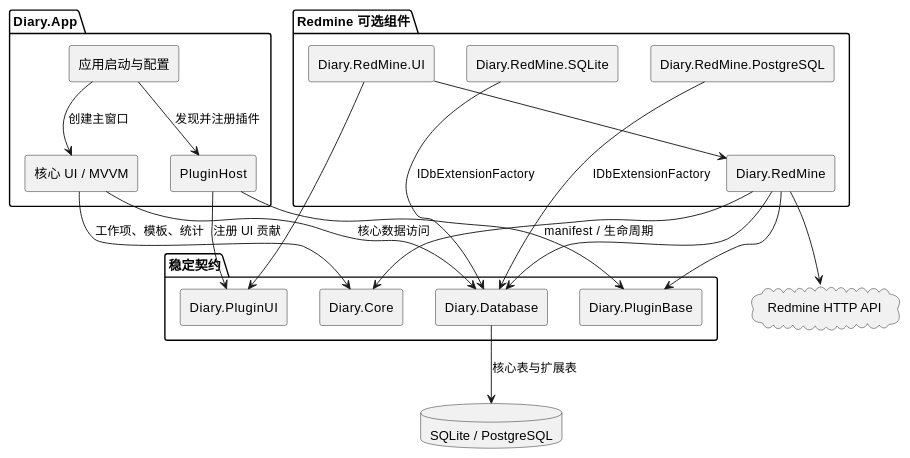
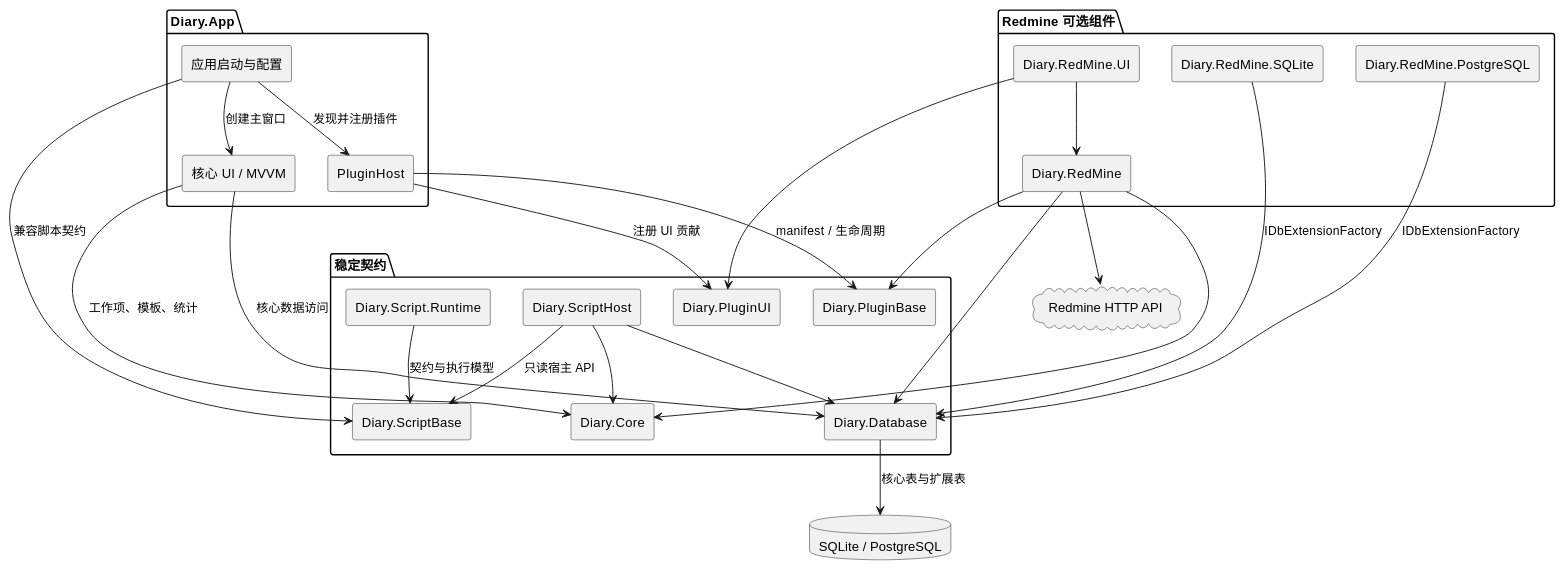
The first of 3 diagrams in Docs/CurrentArchitecture.md (micro123/diary-app), drawn with PlantUML before and after one commit. The commit also changed other lines of this file and 6 other files, not shown here.

````diff
--- a/Docs/CurrentArchitecture.md
+++ b/Docs/CurrentArchitecture.md
@@ -12,45 +12,53 @@
 ```plantuml
 @startuml
 skinparam componentStyle rectangle
 skinparam shadowing false
 
 package "Diary.App" {
   [应用启动与配置] as App
   [核心 UI / MVVM] as CoreUI
   [PluginHost] as Host
 }
 
 package "稳定契约" {
   [Diary.Core] as Core
   [Diary.Database] as Database
   [Diary.PluginBase] as PluginBase
   [Diary.PluginUI] as PluginUI
+  [Diary.ScriptBase] as ScriptBase
+  [Diary.ScriptHost] as ScriptHost
+  [Diary.Script.Runtime] as ScriptRuntime
 }
 
 package "Redmine 可选组件" {
   [Diary.RedMine] as RedMine
   [Diary.RedMine.UI] as RedMineUI
   [Diary.RedMine.SQLite] as RedMineSqlite
   [Diary.RedMine.PostgreSQL] as RedMinePg
 }
 
 database "SQLite / PostgreSQL" as Db
 cloud "Redmine HTTP API" as Api
 
 App --> Host : 发现并注册插件
 App --> CoreUI : 创建主窗口
 Host --> PluginBase : manifest / 生命周期
 Host --> PluginUI : 注册 UI 贡献
+App --> ScriptBase : 兼容脚本契约
+ScriptRuntime --> ScriptBase : 契约与执行模型
+ScriptHost --> ScriptBase : 只读宿主 API
+ScriptHost --> Core
+ScriptHost --> Database
 CoreUI --> Core : 工作项、模板、统计
 CoreUI --> Database : 核心数据访问
 RedMine --> PluginBase
 RedMine --> Core
 RedMine --> Database
 RedMineUI --> PluginUI
 RedMineUI --> RedMine
 RedMineSqlite --> Database : IDbExtensionFactory
 RedMinePg --> Database : IDbExtensionFactory
 Database --> Db : 核心表与扩展表
 RedMine --> Api
 @enduml
 ```
````
